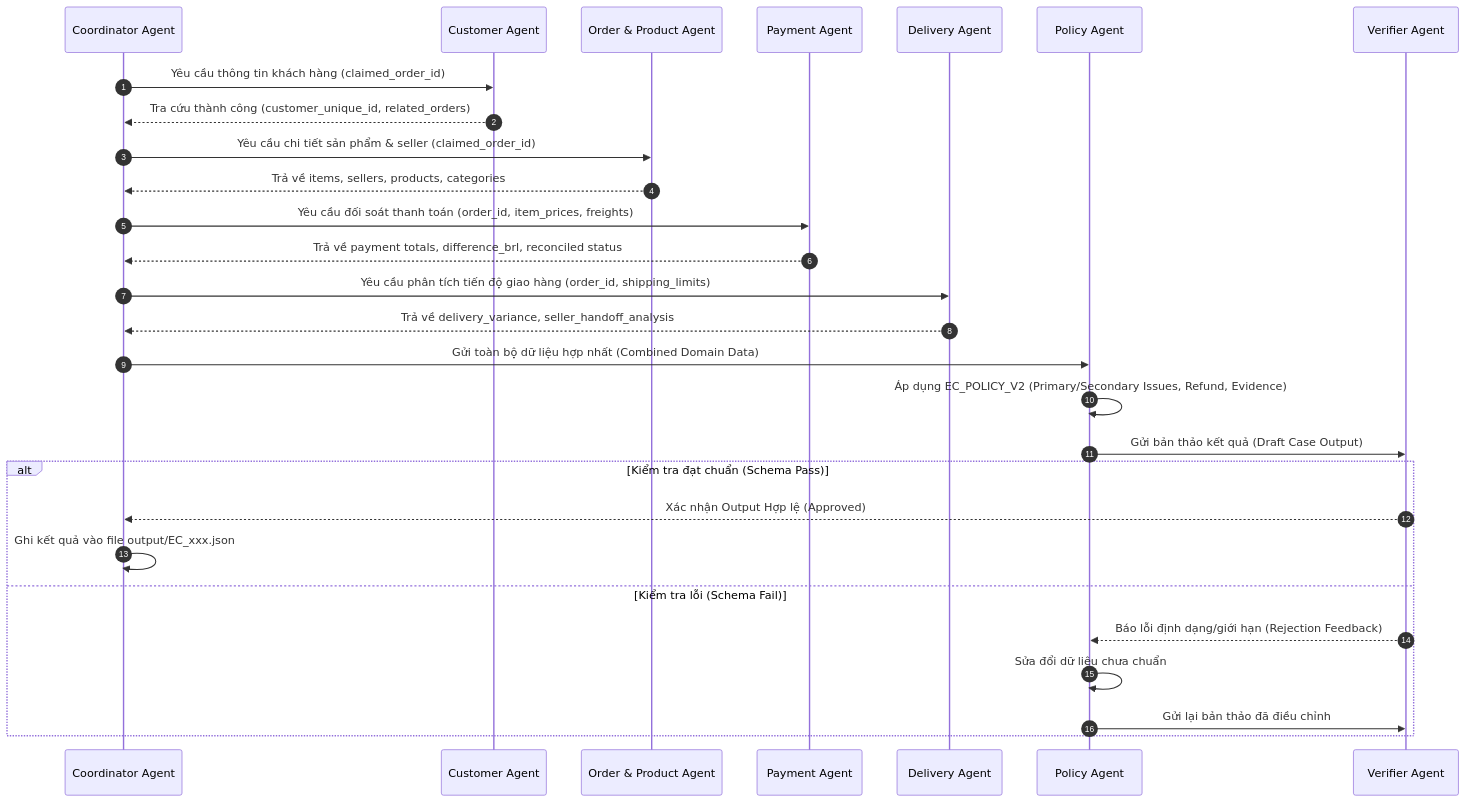
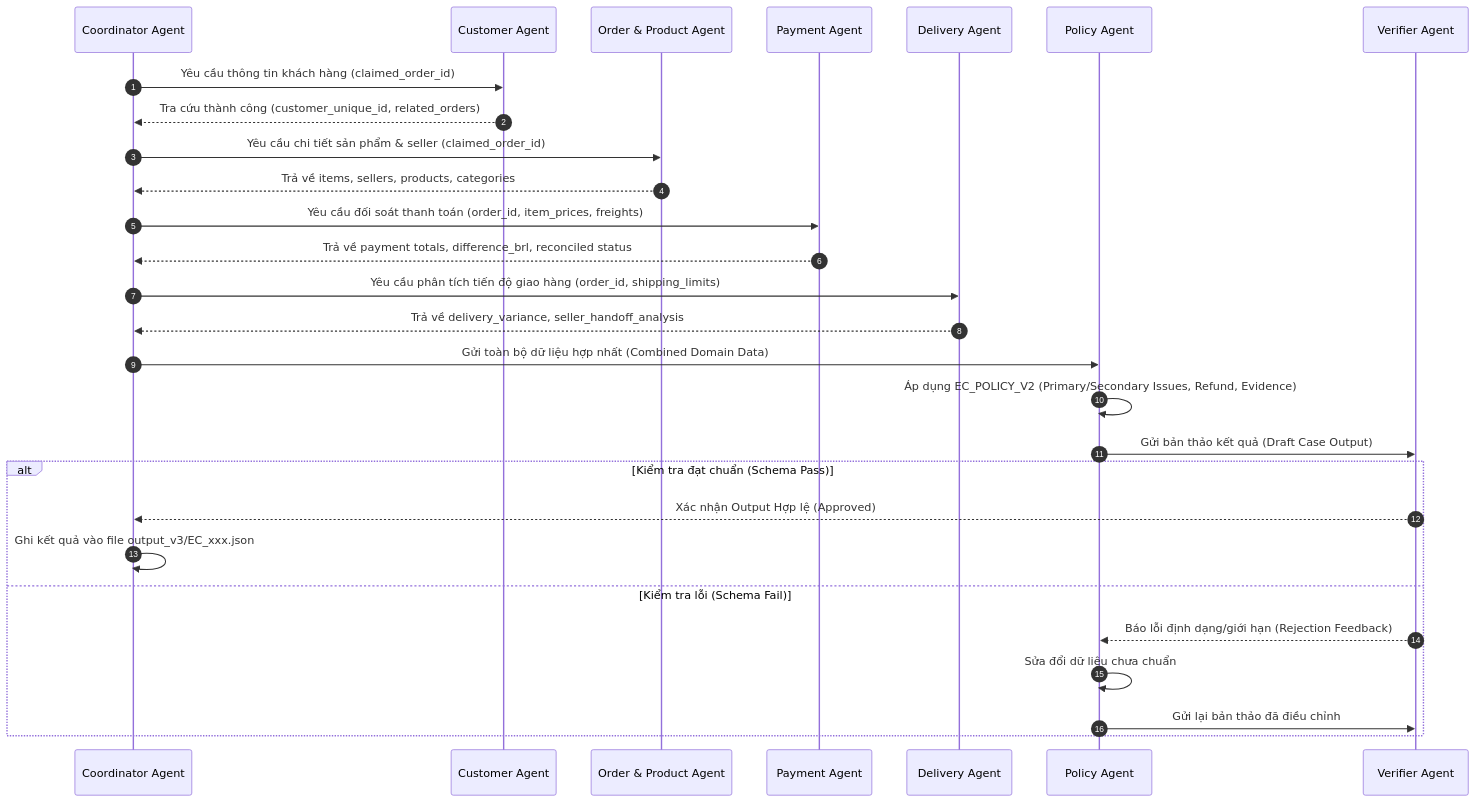
One commit to NguyenVanHung1707/K4-Day9-Multi-Agent-A2A changed the second of 2 diagrams in architecture.md. Above: the diagram before and after it, drawn with Mermaid. The commit also changed other lines of this file, not shown here.

Commit message:
docs: update architecture.md with complete system diagrams, agent roles, and EC_POLICY_V2 matrix

````diff
--- a/architecture.md
+++ b/architecture.md
@@ -71,36 +71,36 @@
 ```mermaid
 sequenceDiagram
     autonumber
     participant C as Coordinator Agent
     participant CA as Customer Agent
     participant OP as Order & Product Agent
     participant PA as Payment Agent
     participant DA as Delivery Agent
     participant POL as Policy Agent
     participant V as Verifier Agent
 
     C->>CA: Yêu cầu thông tin khách hàng (claimed_order_id)
     CA-->>C: Tra cứu thành công (customer_unique_id, related_orders)
     
     C->>OP: Yêu cầu chi tiết sản phẩm & seller (claimed_order_id)
     OP-->>C: Trả về items, sellers, products, categories
     
     C->>PA: Yêu cầu đối soát thanh toán (order_id, item_prices, freights)
     PA-->>C: Trả về payment totals, difference_brl, reconciled status
     
     C->>DA: Yêu cầu phân tích tiến độ giao hàng (order_id, shipping_limits)
     DA-->>C: Trả về delivery_variance, seller_handoff_analysis
     
     C->>POL: Gửi toàn bộ dữ liệu hợp nhất (Combined Domain Data)
     POL->>POL: Áp dụng EC_POLICY_V2 (Primary/Secondary Issues, Refund, Evidence)
     POL->>V: Gửi bản thảo kết quả (Draft Case Output)
     
     alt Kiểm tra đạt chuẩn (Schema Pass)
         V-->>C: Xác nhận Output Hợp lệ (Approved)
-        C->>C: Ghi kết quả vào file output/EC_xxx.json
+        C->>C: Ghi kết quả vào file output_v3/EC_xxx.json
     else Kiểm tra lỗi (Schema Fail)
         V-->>POL: Báo lỗi định dạng/giới hạn (Rejection Feedback)
         POL->>POL: Sửa đổi dữ liệu chưa chuẩn
         POL->>V: Gửi lại bản thảo đã điều chỉnh
     end
 ```
````
